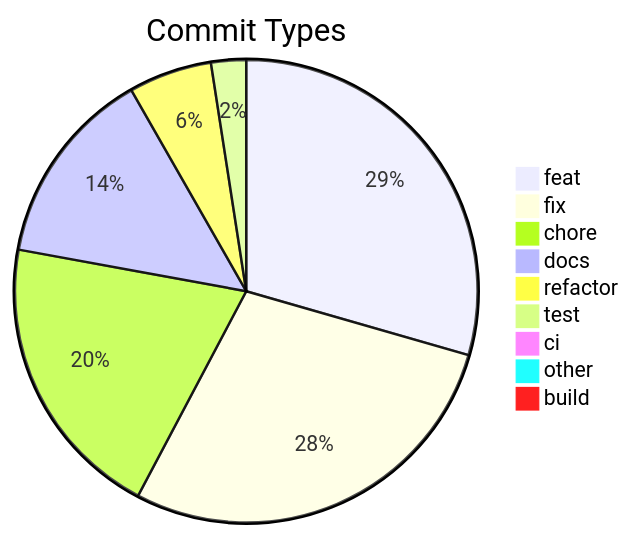
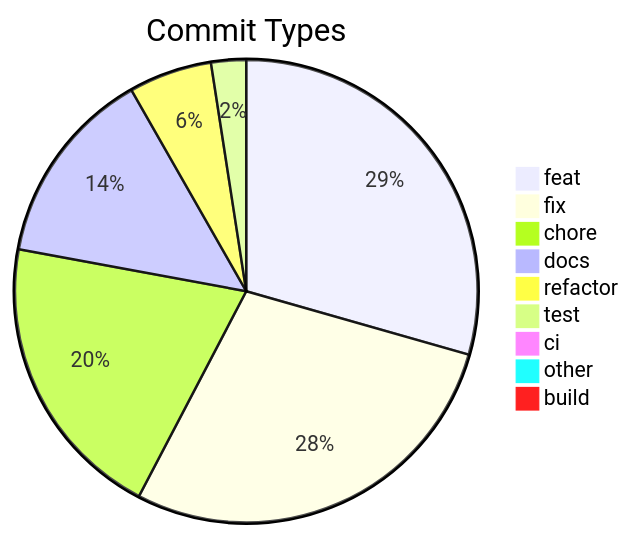
The diagram in .shipwright/compliance/change-history.md (svenroth-ai/shipwright), drawn with Mermaid before and after one commit. The commit also changed other lines of this file and 21 other files, not shown here.

````diff
--- a/.shipwright/compliance/change-history.md
+++ b/.shipwright/compliance/change-history.md
@@ -8,12 +8,12 @@
 ```mermaid
 pie title Commit Types
     "feat" : 253
     "fix" : 243
-    "chore" : 173
+    "chore" : 174
     "docs" : 119
     "refactor" : 50
     "test" : 21
     "ci" : 7
     "other" : 7
     "build" : 1
 ```
````
